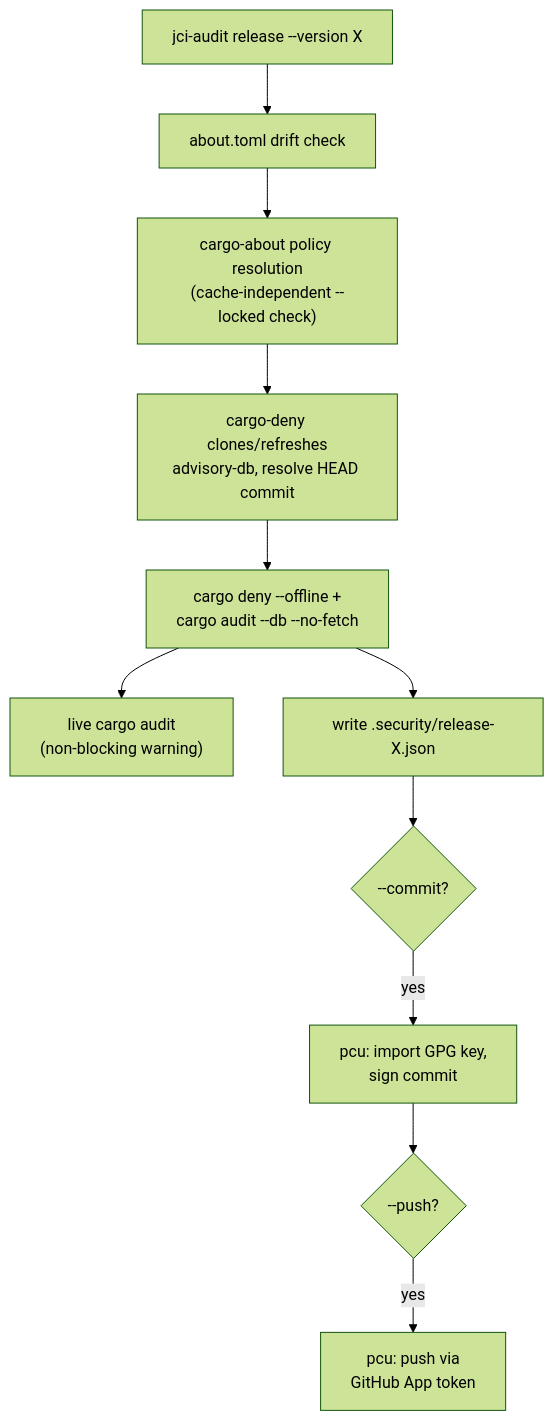
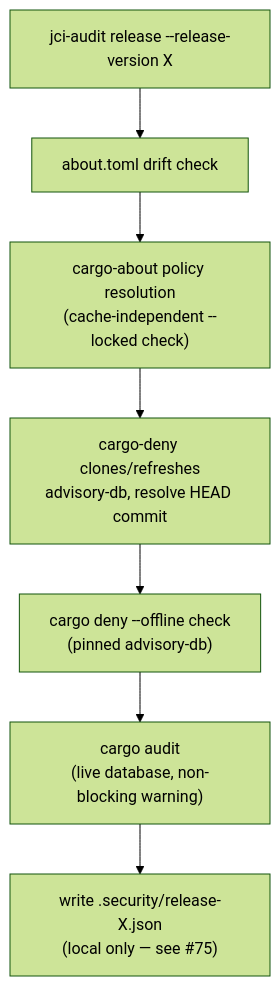
Before and after one commit to jerus-org/jci-audit: the second of 3 diagrams in docs/design.md, drawn with Mermaid (forest theme). The commit also changed 9 other files, not shown here.

First line of the commit message:
fix: address /code-review findings on the record-commit removal

````diff
--- a/docs/design.md
+++ b/docs/design.md
@@ -76,13 +76,9 @@
 ```mermaid
 flowchart TD
-    START["jci-audit release --version X"] --> DRIFT2["about.toml drift check"]
+    START["jci-audit release --release-version X"] --> DRIFT2["about.toml drift check"]
     DRIFT2 --> POLICY["cargo-about policy resolution\n(cache-independent --locked check)"]
     POLICY --> PIN["cargo-deny clones/refreshes\nadvisory-db, resolve HEAD commit"]
-    PIN --> OFFLINE["cargo deny --offline +\ncargo audit --db <pinned> --no-fetch"]
-    OFFLINE --> LIVE["live cargo audit\n(non-blocking warning)"]
-    OFFLINE --> RECORD["write .security/release-X.json"]
-    RECORD --> SIGN{"--commit?"}
-    SIGN -->|yes| GPG["pcu: import GPG key,\nsign commit"]
-    GPG --> PUSHQ{"--push?"}
-    PUSHQ -->|yes| PUSH["pcu: push via\nGitHub App token"]
+    PIN --> OFFLINE["cargo deny --offline check\n(pinned advisory-db)"]
+    OFFLINE --> LIVE["cargo audit\n(live database, non-blocking warning)"]
+    LIVE --> RECORD["write .security/release-X.json\n(local only — see #75)"]
 ```
````
